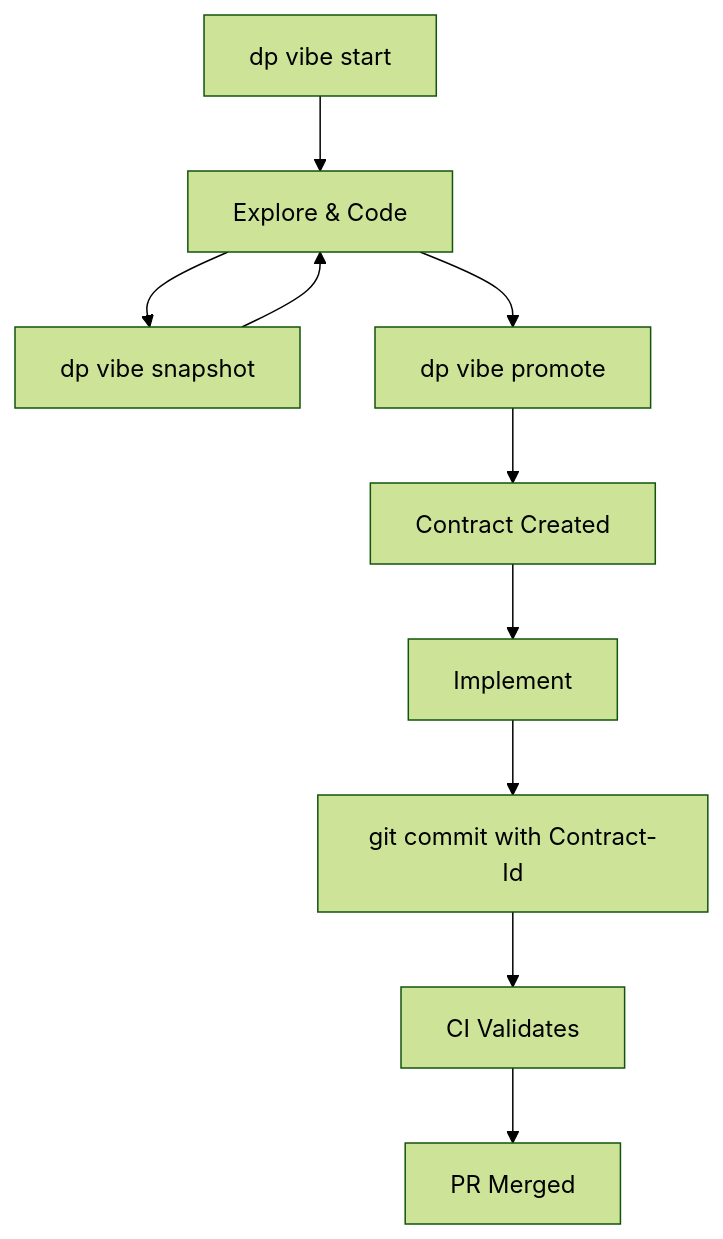
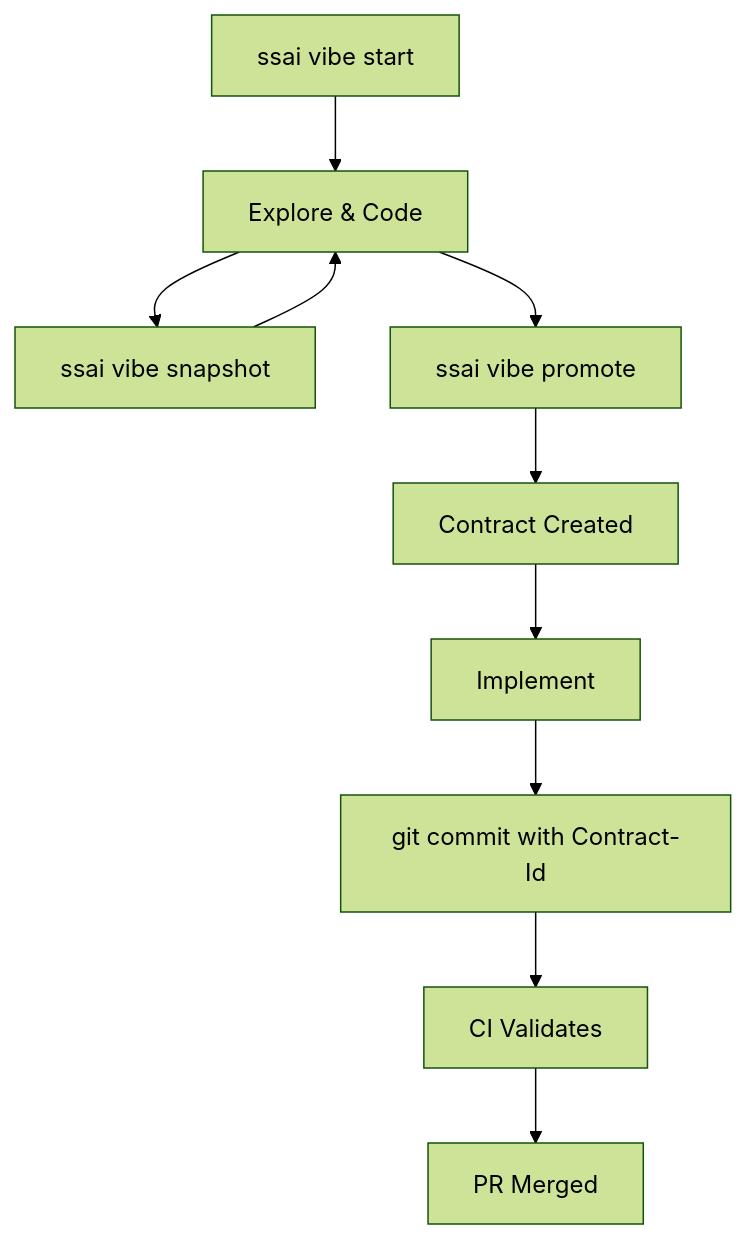
The diagram in docs/QUICKSTART.md (Softsensor-org/SoftSensorAI), drawn with Mermaid (forest theme) before and after one commit. The commit also changed other lines of this file and 118 other files, not shown here.

````diff
--- a/docs/QUICKSTART.md
+++ b/docs/QUICKSTART.md
@@ -107,12 +107,12 @@
 ```mermaid
 graph TD
-    A[dp vibe start] --> B[Explore & Code]
-    B --> C[dp vibe snapshot]
+    A[ssai vibe start] --> B[Explore & Code]
+    B --> C[ssai vibe snapshot]
     C --> B
-    B --> D[dp vibe promote]
+    B --> D[ssai vibe promote]
     D --> E[Contract Created]
     E --> F[Implement]
     F --> G[git commit with Contract-Id]
     G --> H[CI Validates]
     H --> I[PR Merged]
 ```
````
